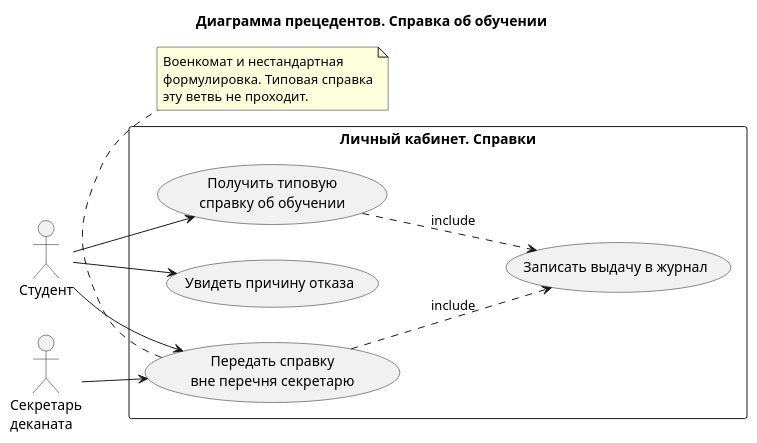
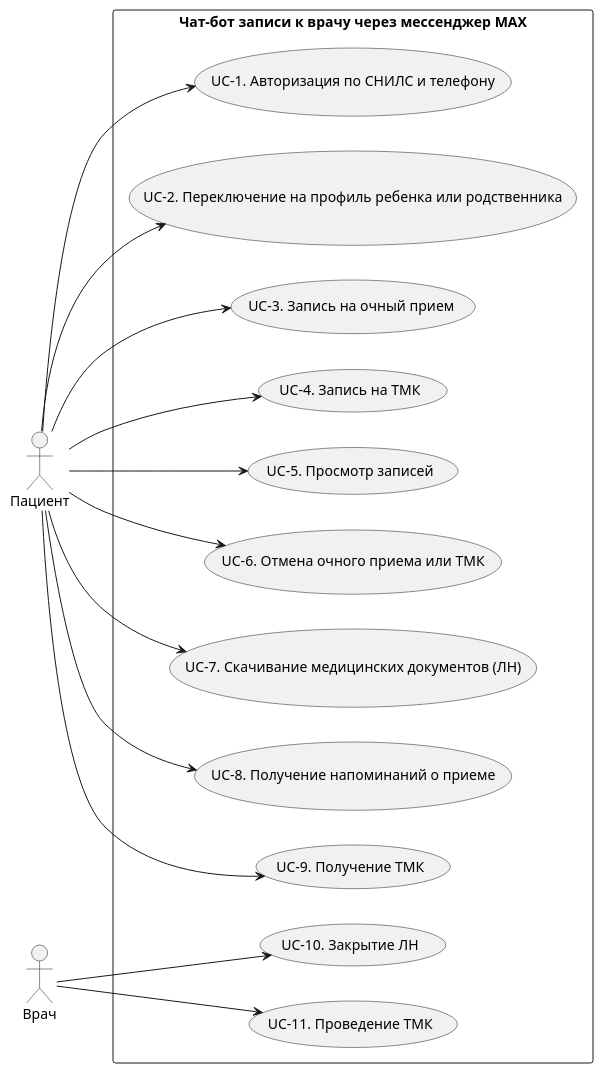
One commit to raz-mar/riatpo366LuxMakRaz changed the diagram in variants/02-Запись к врачу/lab2/example/diagrams/usecase.puml. Above: the diagram before and after it, drawn with PlantUML. The commit also changed 2 other files, not shown here.

Commit message:
feat: add usecase diagram

```diff
--- a/variants/02-Запись к врачу/lab2/example/diagrams/usecase.puml
+++ b/variants/02-Запись к врачу/lab2/example/diagrams/usecase.puml
@@ -1,28 +1,36 @@
 @startuml usecase
-title Диаграмма прецедентов. Справка об обучении
 left to right direction
 
-actor "Студент" as Student
-actor "Секретарь\nдеканата" as Secretary
+actor "Пациент" as Patient
+actor "Врач" as Doctor
 
-rectangle "Личный кабинет. Справки" {
-  usecase "Получить типовую\nсправку об обучении" as UC1
-  usecase "Увидеть причину отказа" as UC2
-  usecase "Передать справку\nвне перечня секретарю" as UC3
-  usecase "Записать выдачу в журнал" as UC4
+rectangle "Чат-бот записи к врачу через мессенджер МАХ" {
+  usecase "UC-1. Авторизация по СНИЛС и телефону" as UC1
+  usecase "UC-2. Переключение на профиль ребенка или родственника" as UC2
+  usecase "UC-3. Запись на очный прием" as UC3
+  usecase "UC-4. Запись на ТМК" as UC4
+  usecase "UC-5. Просмотр записей" as UC5
+  usecase "UC-6. Отмена очного приема или ТМК" as UC6
+  usecase "UC-7. Скачивание медицинских документов (ЛН)" as UC7
+  usecase "UC-8. Получение напоминаний о приеме" as UC8
+  usecase "UC-9. Получение ТМК" as UC9
+  usecase "UC-10. Закрытие ЛН" as UC10
+  usecase "UC-11. Проведение ТМК" as UC11
 }
 
-Student --> UC1
-Student --> UC2
-Student --> UC3
-Secretary --> UC3
-UC1 ..> UC4 : include
-UC3 ..> UC4 : include
+' Связи для роли Пациент
+Patient --> UC1
+Patient --> UC2
+Patient --> UC3
+Patient --> UC4
+Patient --> UC5
+Patient --> UC6
+Patient --> UC7
+Patient --> UC8
+Patient --> UC9
 
-note bottom of UC3
-  Военкомат и нестандартная
-  формулировка. Типовая справка
-  эту ветвь не проходит.
-end note
+' Связи для роли Врач
+Doctor --> UC10
+Doctor --> UC11
 
 @enduml
```
